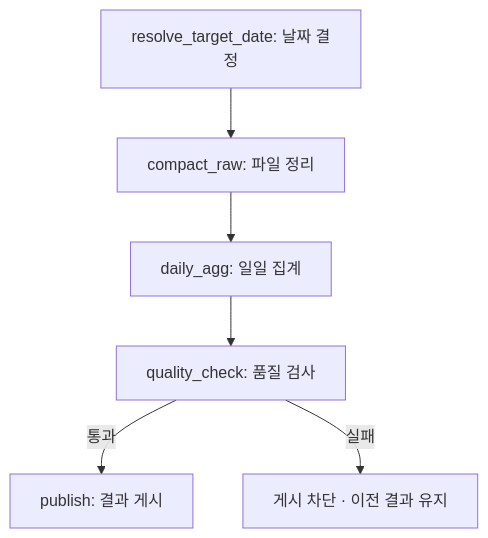
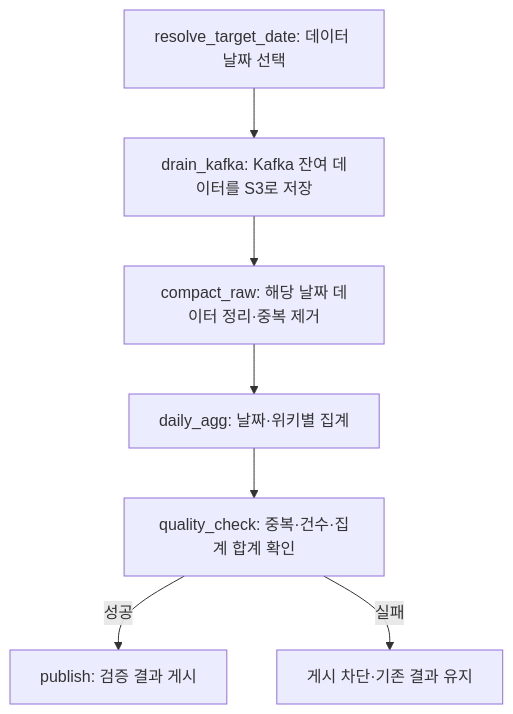
The diagram in docs/submissions/week5.md (parkjoohyung0826/wikipedia-streaming-analytics), drawn with Mermaid before and after one commit. The commit also changed other lines of this file and 4 other files, not shown here.

````diff
--- a/docs/submissions/week5.md
+++ b/docs/submissions/week5.md
@@ -15,8 +9,9 @@
 ```mermaid
 flowchart TD
-    A[resolve_target_date: 날짜 결정] --> B[compact_raw: 파일 정리]
-    B --> C[daily_agg: 일일 집계]
-    C --> D[quality_check: 품질 검사]
-    D -->|통과| E[publish: 결과 게시]
-    D -->|실패| F[게시 차단 · 이전 결과 유지]
+    A[resolve_target_date: 데이터 날짜 선택] --> B[drain_kafka: Kafka 잔여 데이터를 S3로 저장]
+    B --> C[compact_raw: 해당 날짜 데이터 정리·중복 제거]
+    C --> D[daily_agg: 날짜·위키별 집계]
+    D --> E[quality_check: 중복·건수·집계 합계 확인]
+    E -->|성공| F[publish: 검증 결과 게시]
+    E -->|실패| G[게시 차단·기존 결과 유지]
 ```
````
